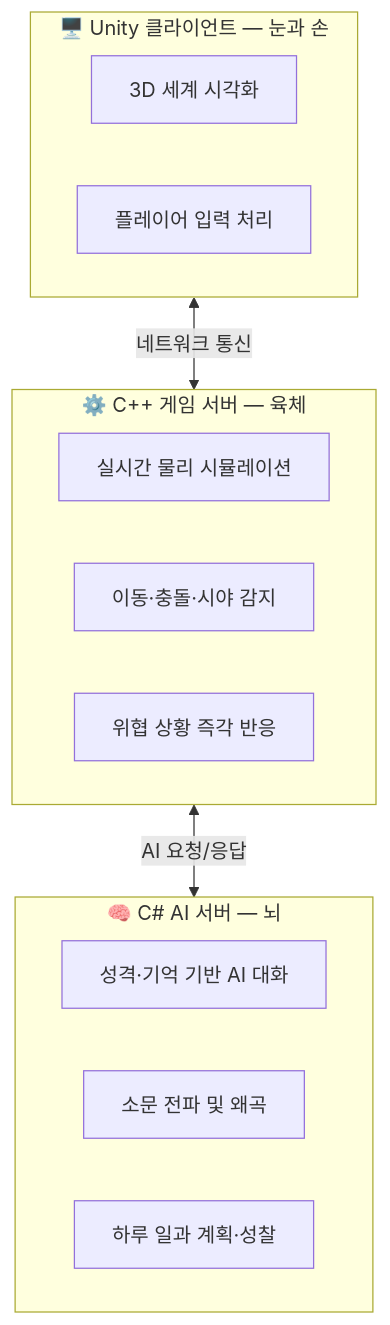
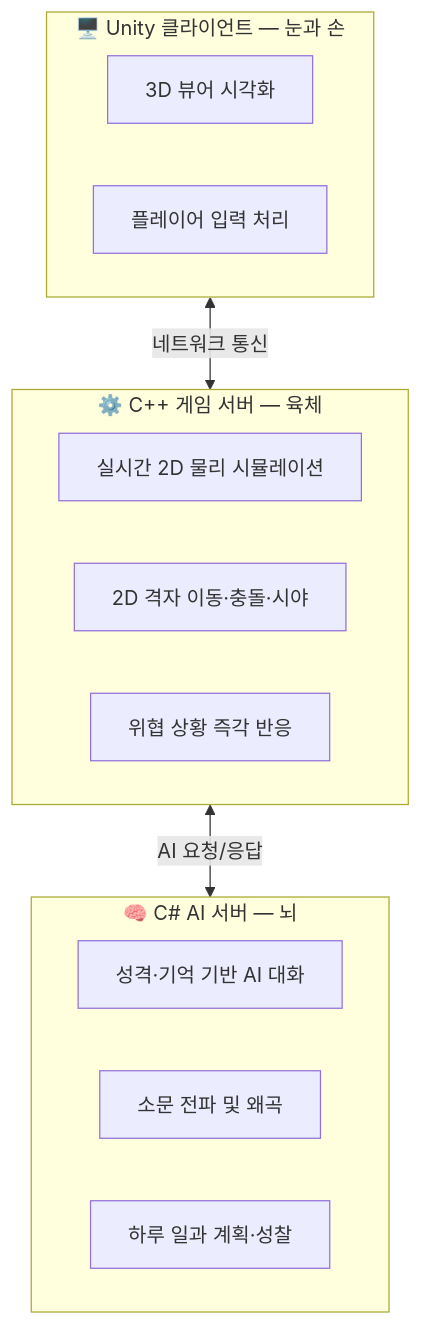
The diagram in MundusVivens/docs/00_project_overview.md (jin20203458/Obsidian.Agent), drawn with Mermaid before and after one commit. The commit also changed other lines of this file, not shown here.

Commit message:
docs: specify 2D grid simulation in overview diagram and description table

````diff
--- a/MundusVivens/docs/00_project_overview.md
+++ b/MundusVivens/docs/00_project_overview.md
@@ -57,22 +57,22 @@
 ```mermaid
 graph TB
     subgraph CLIENT ["🖥️ Unity 클라이언트 — 눈과 손"]
-        C1["3D 세계 시각화"]
+        C1["3D 뷰어 시각화"]
         C2["플레이어 입력 처리"]
     end
 
     subgraph CPP ["⚙️ C++ 게임 서버 — 육체"]
-        B1["실시간 물리 시뮬레이션"]
-        B2["이동·충돌·시야 감지"]
+        B1["실시간 2D 물리 시뮬레이션"]
+        B2["2D 격자 이동·충돌·시야"]
         B3["위협 상황 즉각 반응"]
     end
 
     subgraph CSHARP ["🧠 C# AI 서버 — 뇌"]
         A1["성격·기억 기반 AI 대화"]
         A2["소문 전파 및 왜곡"]
         A3["하루 일과 계획·성찰"]
     end
 
     CLIENT <-->|네트워크 통신| CPP
     CPP <-->|AI 요청/응답| CSHARP
 ```
````
